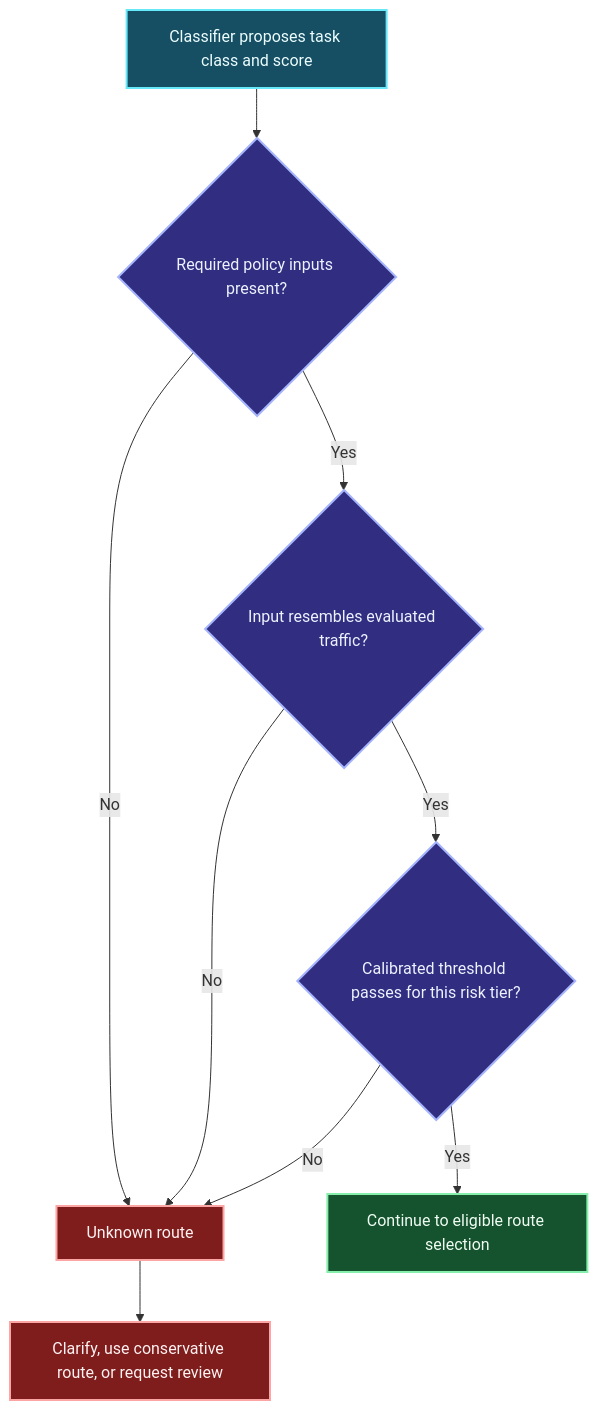
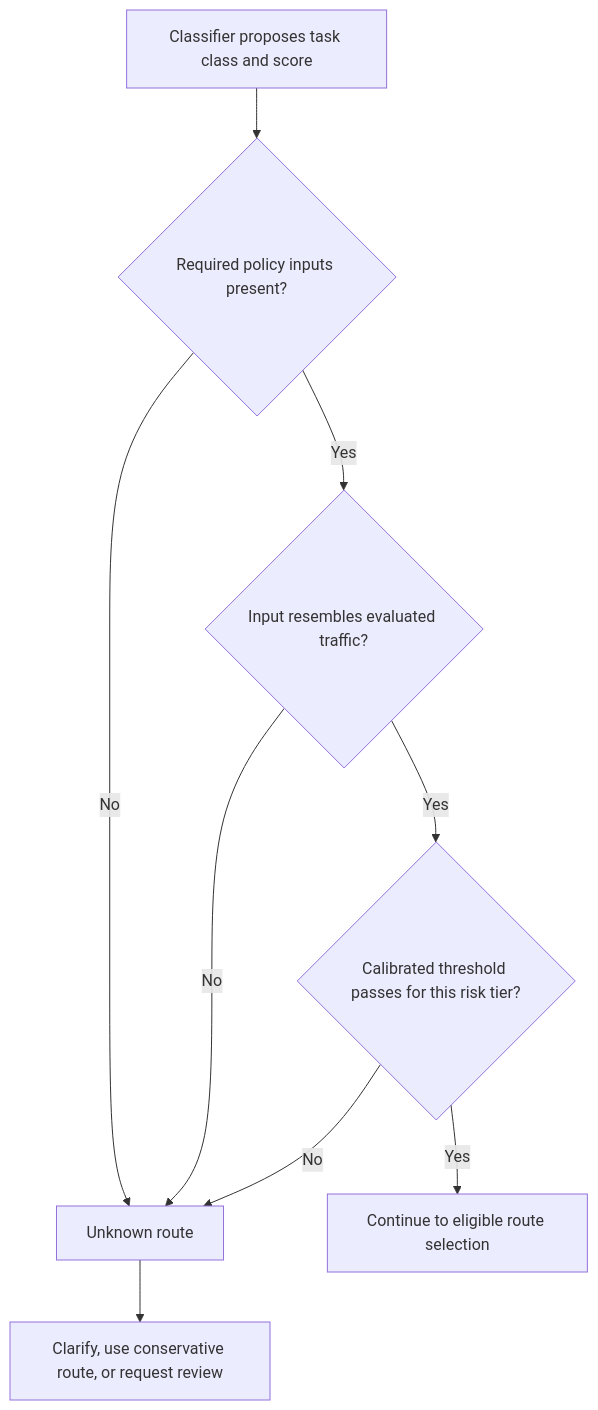
The second of 5 diagrams in roadmaps/mlops/modules/llmops/cost-and-deployment/01-model-routing.md (senlinyy/dev-roadmaps), drawn with Mermaid before and after one commit. The commit also changed other lines of this file and 152 other files, not shown here.

Commit message:
feat: mlops and diagrams updated

````diff
--- a/roadmaps/mlops/modules/llmops/cost-and-deployment/01-model-routing.md
+++ b/roadmaps/mlops/modules/llmops/cost-and-deployment/01-model-routing.md
@@ -198,18 +196,16 @@
 ```mermaid
 flowchart TD
     A["Classifier proposes task class and score"] --> B{"Required policy inputs present?"}
     B -->|No| F["Unknown route"]
     B -->|Yes| C{"Input resembles evaluated traffic?"}
     C -->|No| F
     C -->|Yes| D{"Calibrated threshold passes for this risk tier?"}
     D -->|No| F
     D -->|Yes| E["Continue to eligible route selection"]
     F --> G["Clarify, use conservative route, or request review"]
 
-    classDef start fill:#164E63,stroke:#67E8F9,color:#ECFEFF,stroke-width:2px; classDef decide fill:#312E81,stroke:#A5B4FC,color:#EEF2FF,stroke-width:2px;
-    classDef uncertain fill:#7F1D1D,stroke:#FCA5A5,color:#FEF2F2,stroke-width:2px; classDef proceed fill:#14532D,stroke:#86EFAC,color:#F0FDF4,stroke-width:2px;
     class A start;
     class B,C,D decide;
     class F,G uncertain;
     class E proceed;
 ```
````
